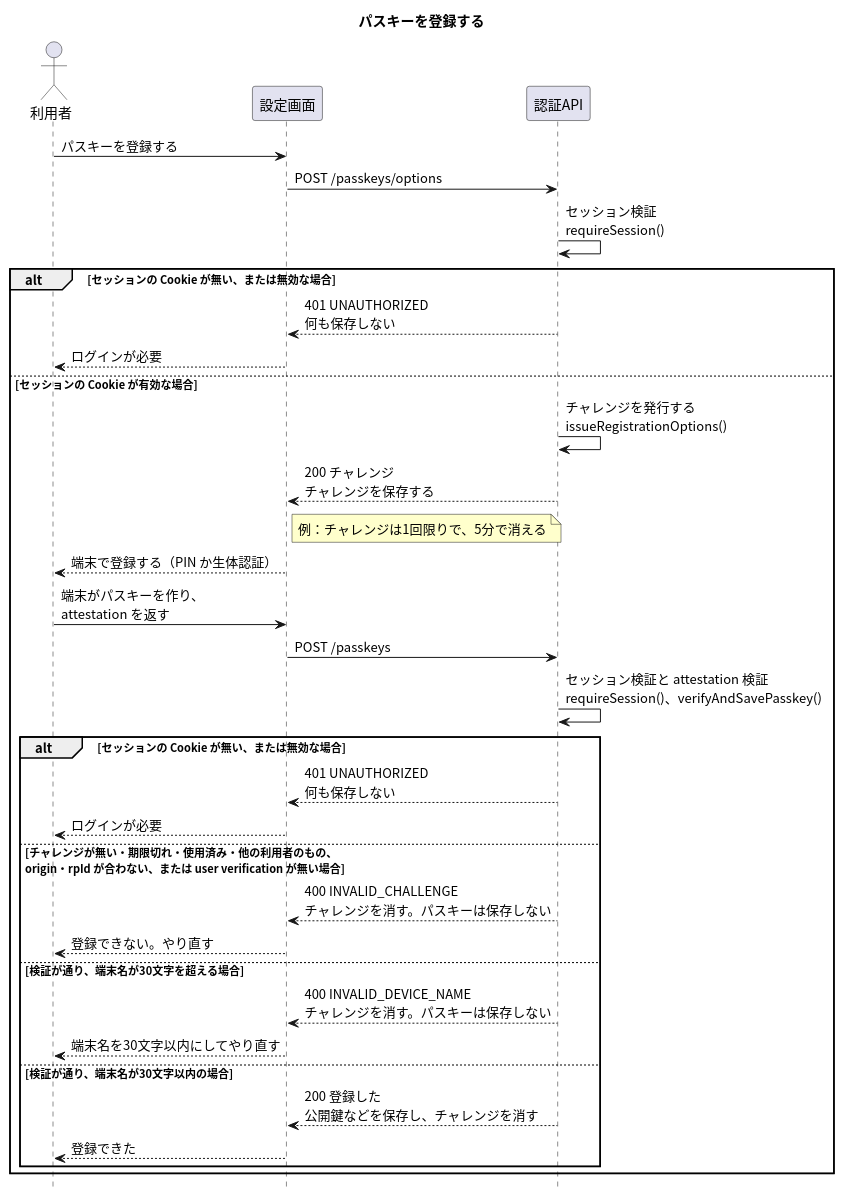
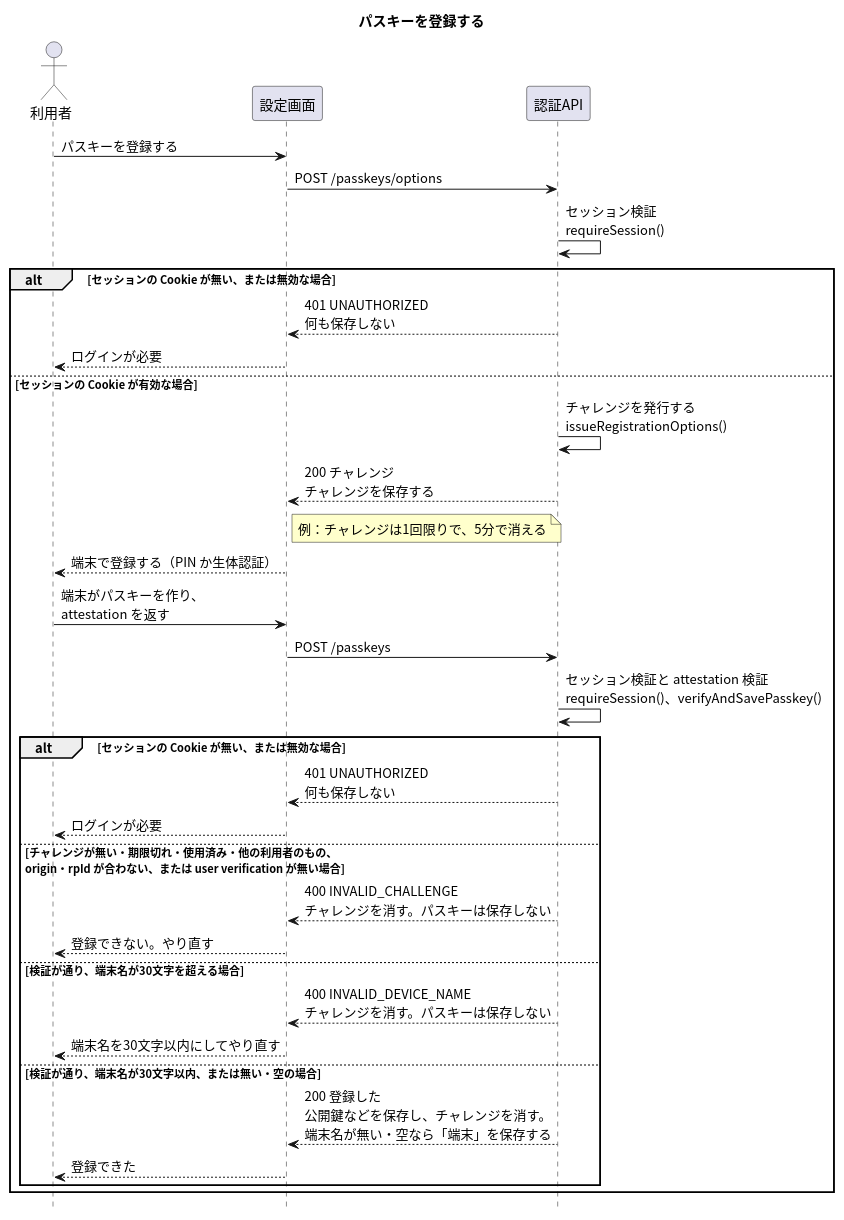
One commit to masamasamasato/design-doc-template changed the diagram in apis/register-passkey/入口.puml. Above: the diagram before and after it, drawn with PlantUML. The commit also changed 10 other files, not shown here.

```diff
--- a/apis/register-passkey/入口.puml
+++ b/apis/register-passkey/入口.puml
@@ -1,42 +1,42 @@
 @startuml
 skinparam shadowing false
 skinparam defaultFontName "Noto Sans CJK JP"
 skinparam SequenceFontName "Noto Sans CJK JP"
 skinparam NoteBackgroundColor #FFFFCC
 hide footbox
 
 title パスキーを登録する
 
 actor "利用者" as User
 participant "設定画面" as Screen
 participant "認証API" as API
 
 User -> Screen : パスキーを登録する
 Screen -> API : POST /passkeys/options
 API -> API : セッション検証\nrequireSession()
 alt セッションの Cookie が無い、または無効な場合
   API --> Screen : 401 UNAUTHORIZED\n何も保存しない
   Screen --> User : ログインが必要
 else セッションの Cookie が有効な場合
   API -> API : チャレンジを発行する\nissueRegistrationOptions()
   API --> Screen : 200 チャレンジ\nチャレンジを保存する
   note right of Screen : 例：チャレンジは1回限りで、5分で消える
   Screen --> User : 端末で登録する（PIN か生体認証）
   User -> Screen : 端末がパスキーを作り、\nattestation を返す
   Screen -> API : POST /passkeys
   API -> API : セッション検証と attestation 検証\nrequireSession()、verifyAndSavePasskey()
   alt セッションの Cookie が無い、または無効な場合
     API --> Screen : 401 UNAUTHORIZED\n何も保存しない
     Screen --> User : ログインが必要
   else チャレンジが無い・期限切れ・使用済み・他の利用者のもの、\norigin・rpId が合わない、または user verification が無い場合
     API --> Screen : 400 INVALID_CHALLENGE\nチャレンジを消す。パスキーは保存しない
     Screen --> User : 登録できない。やり直す
   else 検証が通り、端末名が30文字を超える場合
     API --> Screen : 400 INVALID_DEVICE_NAME\nチャレンジを消す。パスキーは保存しない
     Screen --> User : 端末名を30文字以内にしてやり直す
-  else 検証が通り、端末名が30文字以内の場合
-    API --> Screen : 200 登録した\n公開鍵などを保存し、チャレンジを消す
+  else 検証が通り、端末名が30文字以内、または無い・空の場合
+    API --> Screen : 200 登録した\n公開鍵などを保存し、チャレンジを消す。\n端末名が無い・空なら「端末」を保存する
     Screen --> User : 登録できた
   end
 end
 @enduml
```
